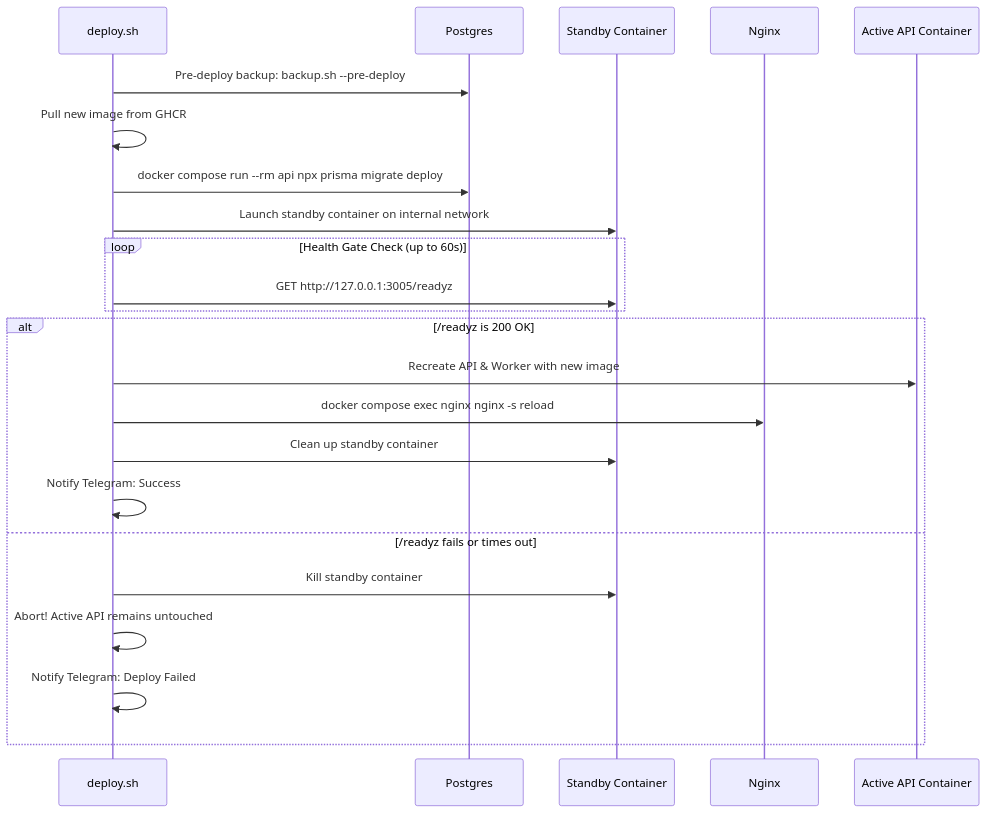
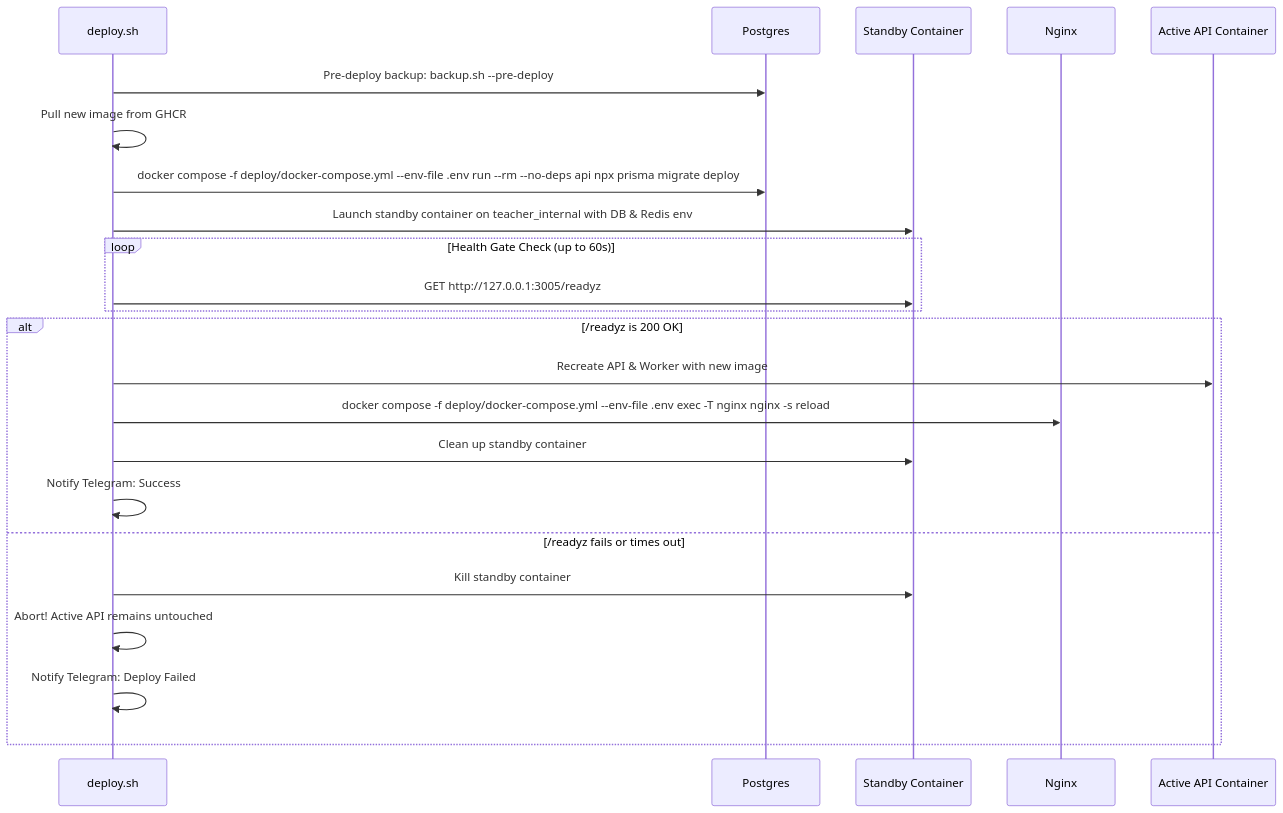
Before and after one commit to Ahmedsaied73/e-lrn-backend: the diagram in docs/runbooks/deploy.md, drawn with Mermaid. The commit also changed 63 other files, not shown here.

Commit message:
feat(gamification): implement gamification v1 engine, schema, and hardening

````diff
--- a/docs/runbooks/deploy.md
+++ b/docs/runbooks/deploy.md
@@ -56,26 +56,26 @@
 ```mermaid
 sequenceDiagram
     participant D as deploy.sh
     participant DB as Postgres
     participant S as Standby Container
     participant N as Nginx
     participant A as Active API Container
 
     D->>DB: Pre-deploy backup: backup.sh --pre-deploy
     D->>D: Pull new image from GHCR
-    D->>DB: docker compose run --rm api npx prisma migrate deploy
-    D->>S: Launch standby container on internal network
+    D->>DB: docker compose -f deploy/docker-compose.yml --env-file .env run --rm --no-deps api npx prisma migrate deploy
+    D->>S: Launch standby container on teacher_internal with DB & Redis env
     loop Health Gate Check (up to 60s)
         D->>S: GET http://127.0.0.1:3005/readyz
     end
     alt /readyz is 200 OK
         D->>A: Recreate API & Worker with new image
-        D->>N: docker compose exec nginx nginx -s reload
+        D->>N: docker compose -f deploy/docker-compose.yml --env-file .env exec -T nginx nginx -s reload
         D->>S: Clean up standby container
         D->>D: Notify Telegram: Success
     else /readyz fails or times out
         D->>S: Kill standby container
         D->>D: Abort! Active API remains untouched
         D->>D: Notify Telegram: Deploy Failed
     end
 ```
````
